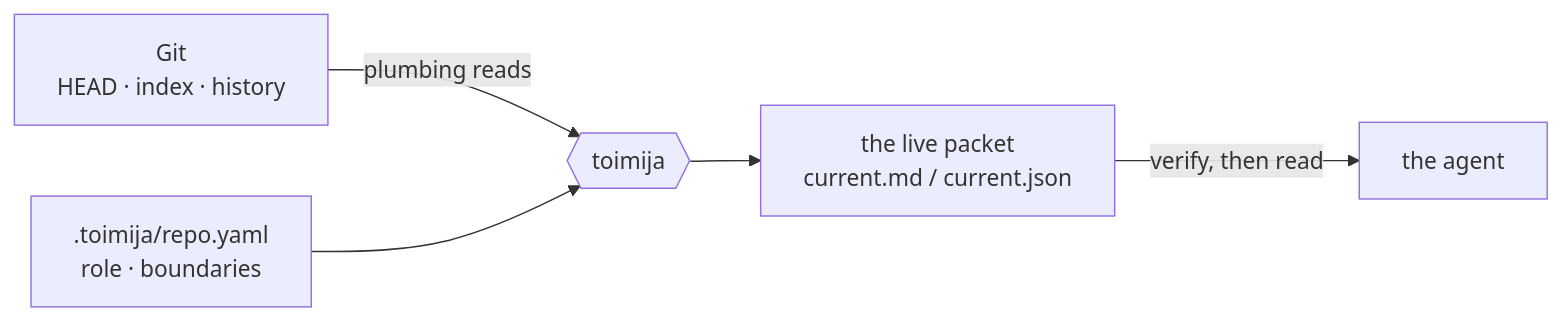
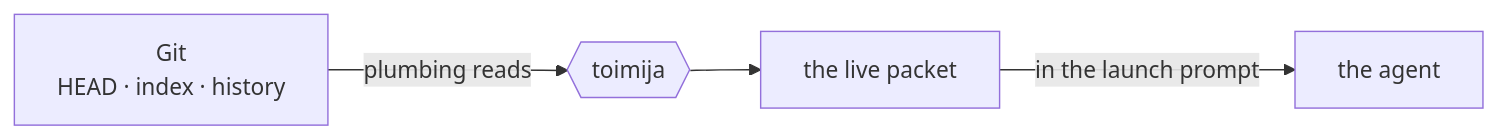
Before and after one commit to false-systems/toimija: the diagram in README.md, drawn with Mermaid. The commit also changed other lines of this file and 2 other files, not shown here.

````diff
--- a/README.md
+++ b/README.md
@@ -33,7 +38,6 @@
 ```mermaid
 flowchart LR
     GIT["Git<br/>HEAD · index · history"] -- "plumbing reads" --> T{{"toimija"}}
-    YAML[".toimija/repo.yaml<br/>role · boundaries"] --> T
-    T --> P["the live packet<br/>current.md / current.json"]
-    P -- "verify, then read" --> A["the agent"]
+    T --> P["the live packet"]
+    P -- "in the launch prompt" --> A["the agent"]
 ```
````
